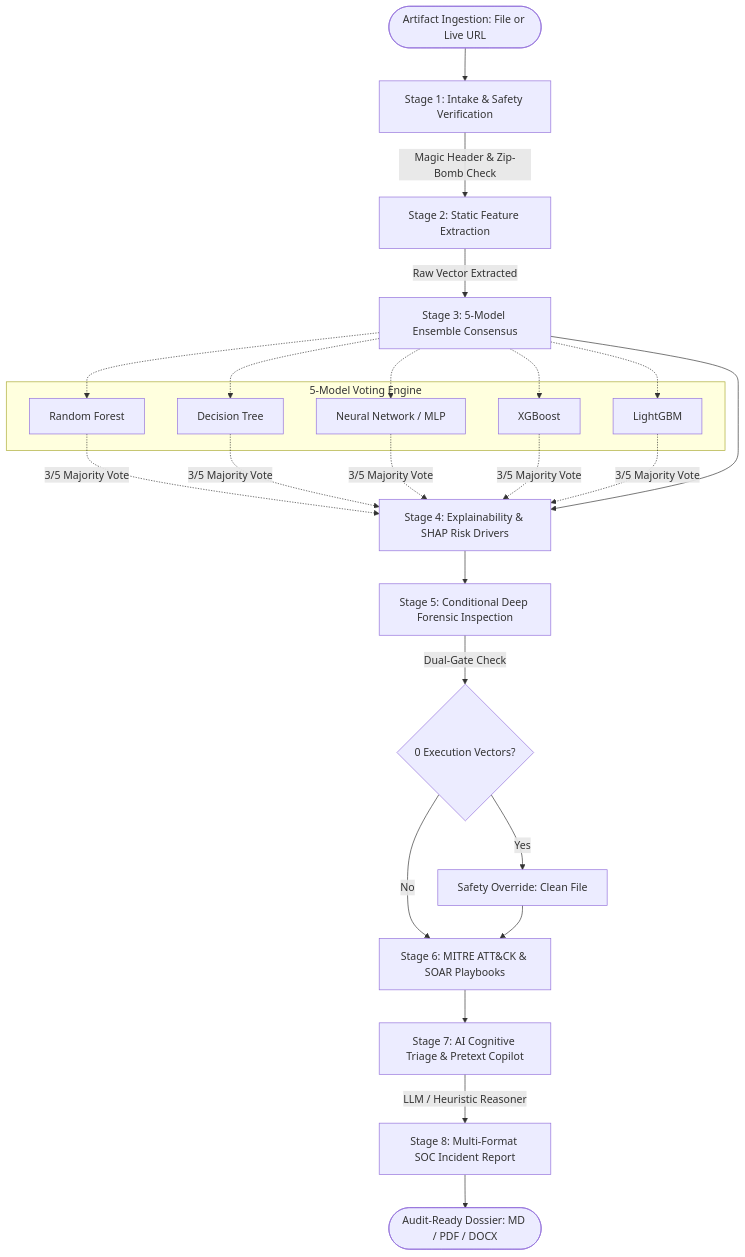
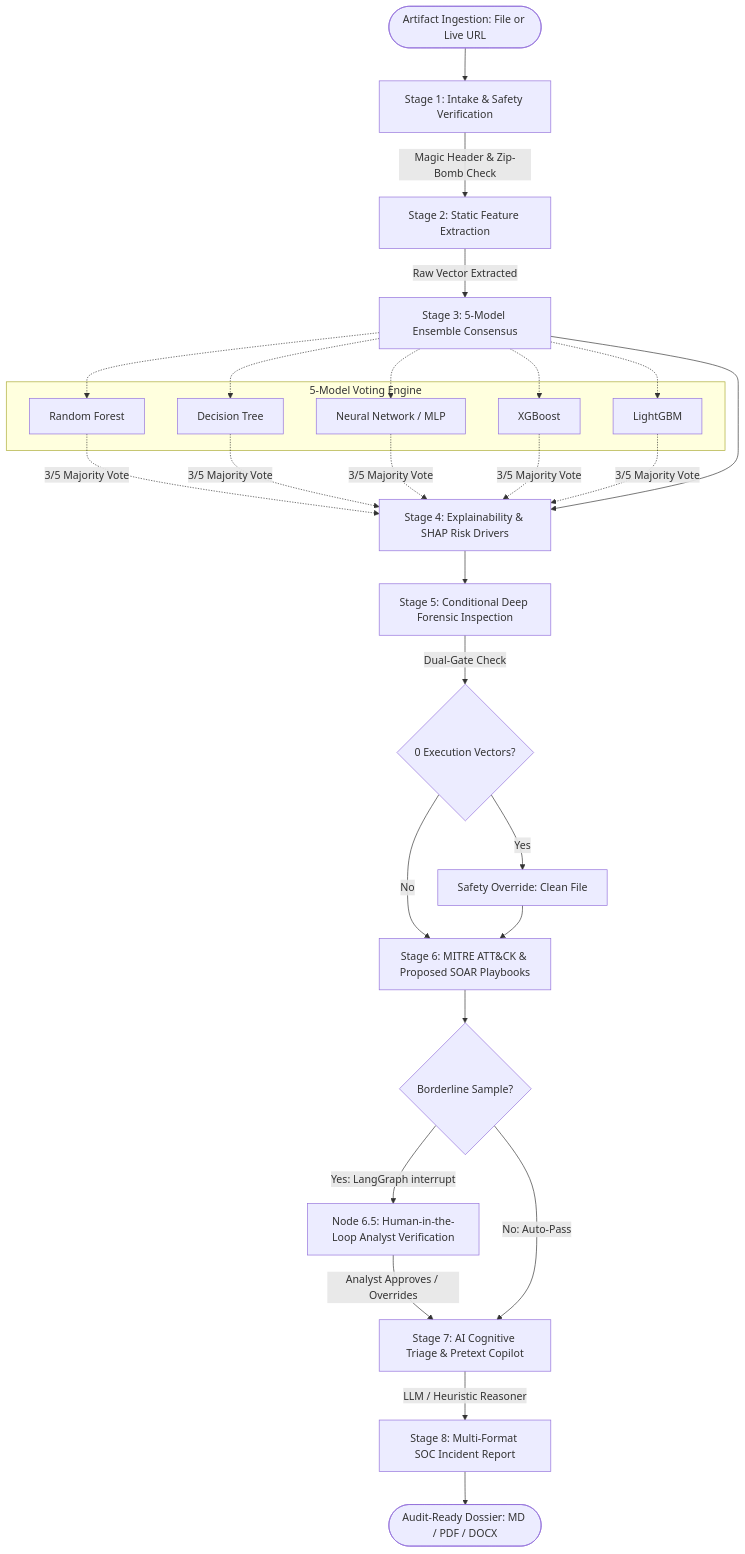
The diagram in README.MD (ChaiWork/ExplainPhish), drawn with Mermaid before and after one commit. The commit also changed other lines of this file and 7 other files, not shown here.

````diff
--- a/README.MD
+++ b/README.MD
@@ -96,28 +97,32 @@
 ```mermaid
 flowchart TD
     Start([Artifact Ingestion: File or Live URL]) --> N1[Stage 1: Intake & Safety Verification]
     N1 -->|Magic Header & Zip-Bomb Check| N2[Stage 2: Static Feature Extraction]
     N2 -->|Raw Vector Extracted| N3[Stage 3: 5-Model Ensemble Consensus]
     
     subgraph Ensemble ["5-Model Voting Engine"]
         RF[Random Forest]
         DT[Decision Tree]
         MLP[Neural Network / MLP]
         XGB[XGBoost]
         LGB[LightGBM]
     end
     N3 -.-> RF & DT & MLP & XGB & LGB
     RF & DT & MLP & XGB & LGB -.->|3/5 Majority Vote| N4
     
     N3 --> N4[Stage 4: Explainability & SHAP Risk Drivers]
     N4 --> N5[Stage 5: Conditional Deep Forensic Inspection]
     
     N5 -->|Dual-Gate Check| Gate{0 Execution Vectors?}
     Gate -->|Yes| Override[Safety Override: Clean File]
     Gate -->|No| N6
-    Override --> N6[Stage 6: MITRE ATT&CK & SOAR Playbooks]
+    Override --> N6[Stage 6: MITRE ATT&CK & Proposed SOAR Playbooks]
     
-    N6 --> N7[Stage 7: AI Cognitive Triage & Pretext Copilot]
+    N6 --> HITL{Borderline Sample?}
+    HITL -->|Yes: LangGraph interrupt| N_HITL[Node 6.5: Human-in-the-Loop Analyst Verification]
+    N_HITL -->|Analyst Approves / Overrides| N7[Stage 7: AI Cognitive Triage & Pretext Copilot]
+    HITL -->|No: Auto-Pass| N7
+    
     N7 -->|LLM / Heuristic Reasoner| N8[Stage 8: Multi-Format SOC Incident Report]
     N8 --> End([Audit-Ready Dossier: MD / PDF / DOCX])
 ```
````
